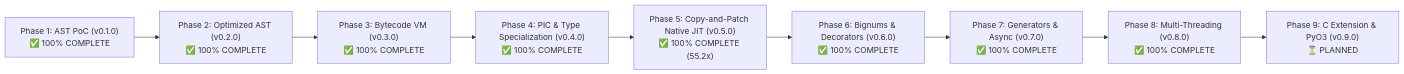
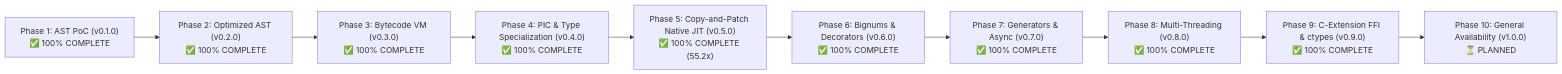
The diagram in developer_doc/roadmap.md (babar-xagi/zython-), drawn with Mermaid before and after one commit. The commit also changed other lines of this file and 21 other files, not shown here.

Commit message:
feat(v0.9.0): complete Phase 9 C-extension FFI, ctypes module & dynamic C-API compatibility

````diff
--- a/developer_doc/roadmap.md
+++ b/developer_doc/roadmap.md
@@ -9,11 +9,12 @@
 ```mermaid
 flowchart LR
     P1["Phase 1: AST PoC (v0.1.0)<br>✅ 100% COMPLETE"] --> P2["Phase 2: Optimized AST (v0.2.0)<br>✅ 100% COMPLETE"]
     P2 --> P3["Phase 3: Bytecode VM (v0.3.0)<br>✅ 100% COMPLETE"]
     P3 --> P4["Phase 4: PIC & Type Specialization (v0.4.0)<br>✅ 100% COMPLETE"]
     P4 --> P5["Phase 5: Copy-and-Patch Native JIT (v0.5.0)<br>✅ 100% COMPLETE (55.2x)"]
     P5 --> P6["Phase 6: Bignums & Decorators (v0.6.0)<br>✅ 100% COMPLETE"]
     P6 --> P7["Phase 7: Generators & Async (v0.7.0)<br>✅ 100% COMPLETE"]
     P7 --> P8["Phase 8: Multi-Threading (v0.8.0)<br>✅ 100% COMPLETE"]
-    P8 --> P9["Phase 9: C Extension & PyO3 (v0.9.0)<br>⏳ PLANNED"]
+    P8 --> P9["Phase 9: C-Extension FFI & ctypes (v0.9.0)<br>✅ 100% COMPLETE"]
+    P9 --> P10["Phase 10: General Availability (v1.0.0)<br>⏳ PLANNED"]
 ```
````
